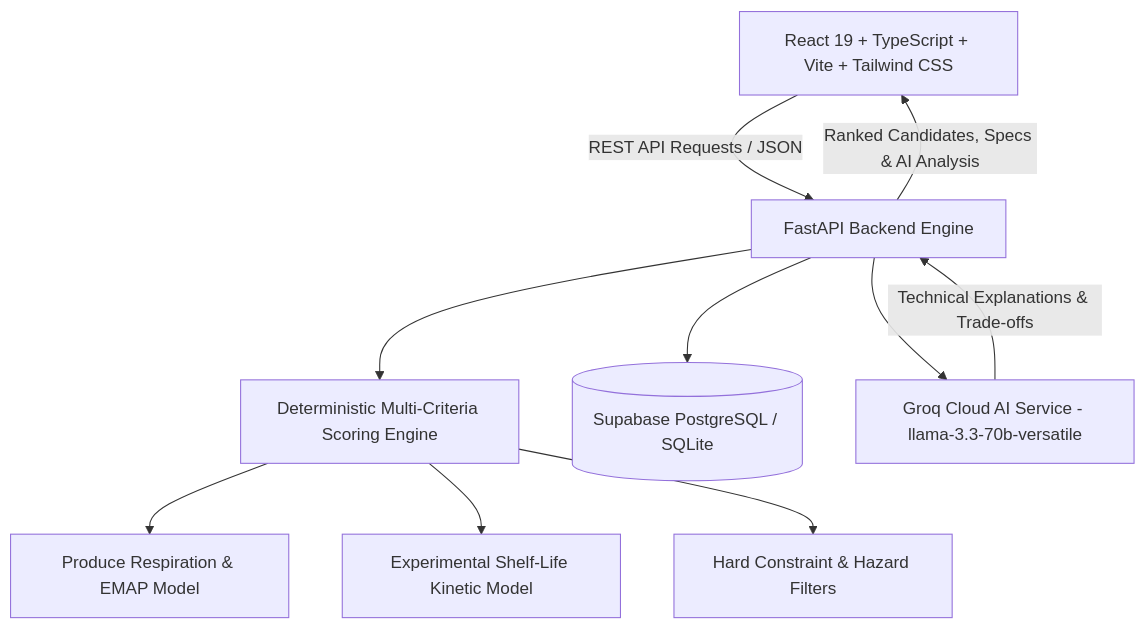
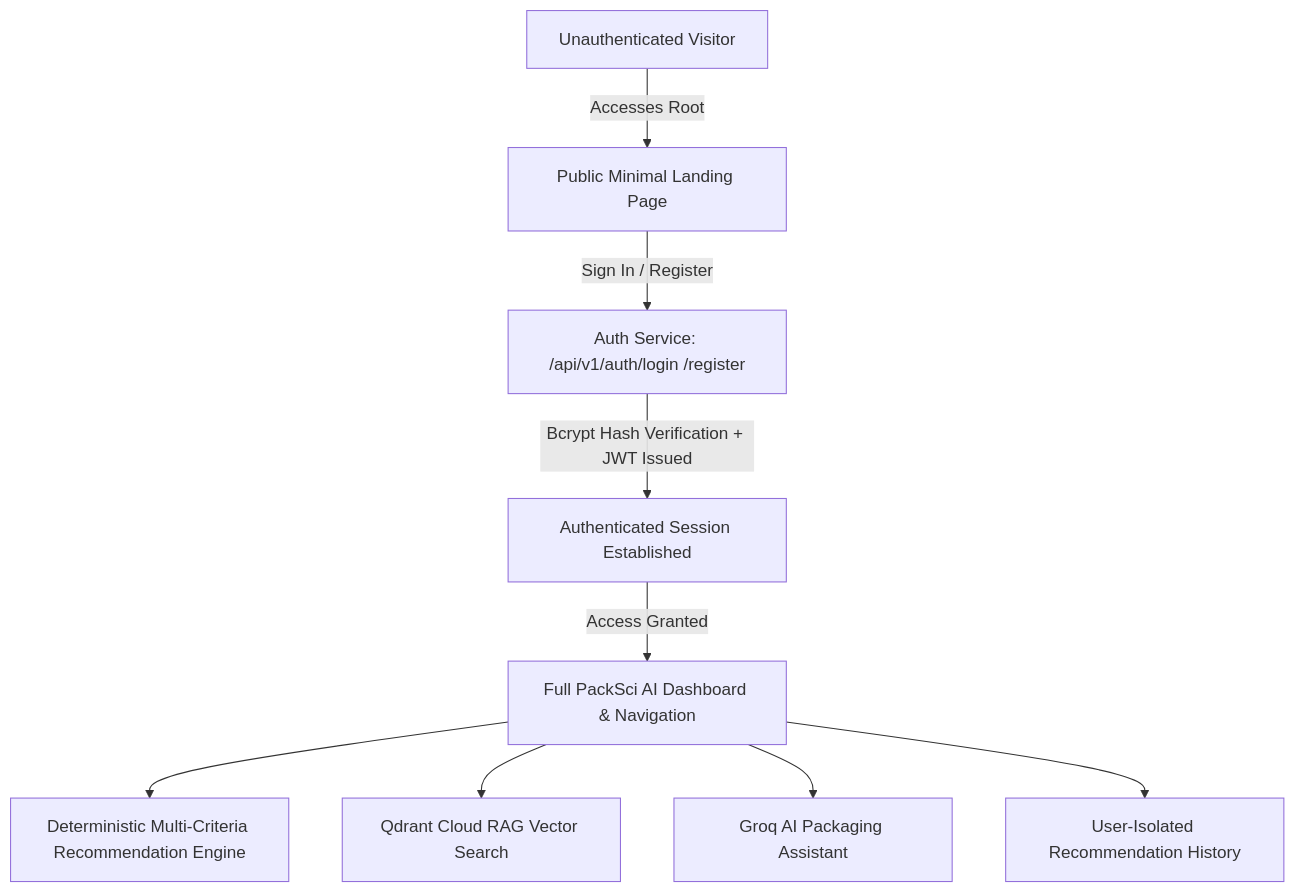
One commit to mokshith641/FoodPackaging changed the diagram in README.md. Above: the diagram before and after it, drawn with Mermaid. The commit also changed other lines of this file and 8 other files, not shown here.

Commit message:
Implement authentication-first portal with minimal public landing page, login/register views, route guards, and isolated history

````diff
--- a/README.md
+++ b/README.md
@@ -9,12 +14,11 @@
 ```mermaid
 graph TD
-    A[React 19 + TypeScript + Vite + Tailwind CSS] -->|REST API Requests / JSON| B[FastAPI Backend Engine]
-    B --> C[Deterministic Multi-Criteria Scoring Engine]
-    C --> D[Produce Respiration & EMAP Model]
-    C --> E[Experimental Shelf-Life Kinetic Model]
-    C --> F[Hard Constraint & Hazard Filters]
-    B --> G[(Supabase PostgreSQL / SQLite)]
-    B --> H[Groq Cloud AI Service - llama-3.3-70b-versatile]
-    H -->|Technical Explanations & Trade-offs| B
-    B -->|Ranked Candidates, Specs & AI Analysis| A
+    A[Unauthenticated Visitor] -->|Accesses Root| B[Public Minimal Landing Page]
+    B -->|Sign In / Register| C[Auth Service: /api/v1/auth/login /register]
+    C -->|Bcrypt Hash Verification + JWT Issued| D[Authenticated Session Established]
+    D -->|Access Granted| E[Full PackSci AI Dashboard & Navigation]
+    E --> F[Deterministic Multi-Criteria Recommendation Engine]
+    E --> G[Qdrant Cloud RAG Vector Search]
+    E --> H[Groq AI Packaging Assistant]
+    E --> I[User-Isolated Recommendation History]
 ```
````
